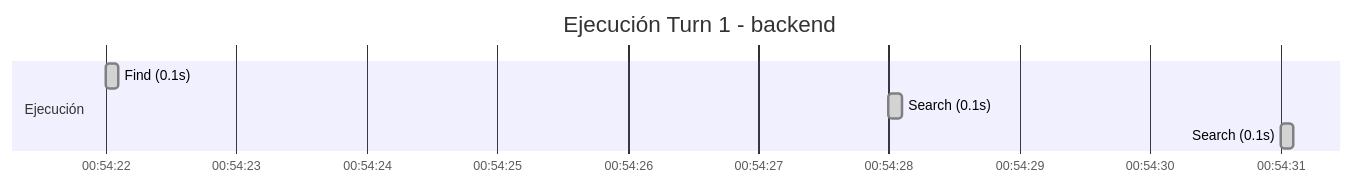
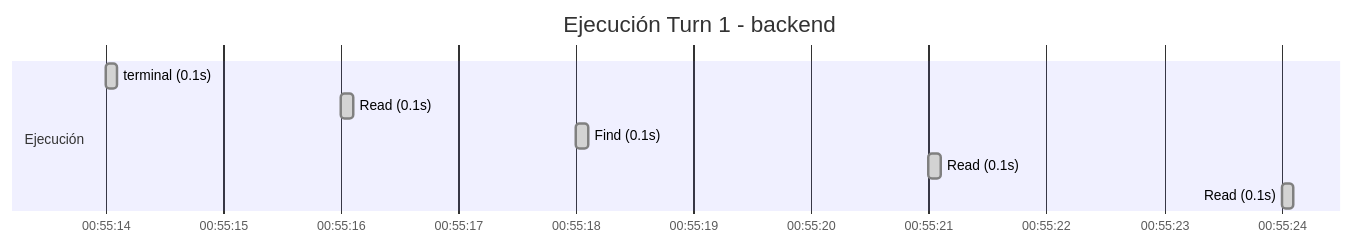
One commit to luisdalmasso/orquestador-contamela changed the diagram in .ponytail/traces/2026-07-09_auto_recovered_dcf630374e3a/backend_dcf630374e3a.md. Above: the diagram before and after it, drawn with Mermaid. The commit also changed other lines of this file, not shown here.

````diff
--- a/.ponytail/traces/2026-07-09_auto_recovered_dcf630374e3a/backend_dcf630374e3a.md
+++ b/.ponytail/traces/2026-07-09_auto_recovered_dcf630374e3a/backend_dcf630374e3a.md
@@ -153,11 +133,13 @@
 ```mermaid
 gantt
     title Ejecución Turn 1 - backend
     dateFormat  HH:mm:ss
     axisFormat  %H:%M:%S
 
     section Ejecución
-    Find (0.1s)  :done, 00:54:22, 0.1s
-    Search (0.1s)  :done, 00:54:28, 0.1s
-    Search (0.1s)  :done, 00:54:31, 0.1s
+    terminal (0.1s)  :done, 00:55:14, 0.1s
+    Read (0.1s)  :done, 00:55:16, 0.1s
+    Find (0.1s)  :done, 00:55:18, 0.1s
+    Read (0.1s)  :done, 00:55:21, 0.1s
+    Read (0.1s)  :done, 00:55:24, 0.1s
 ```
````
